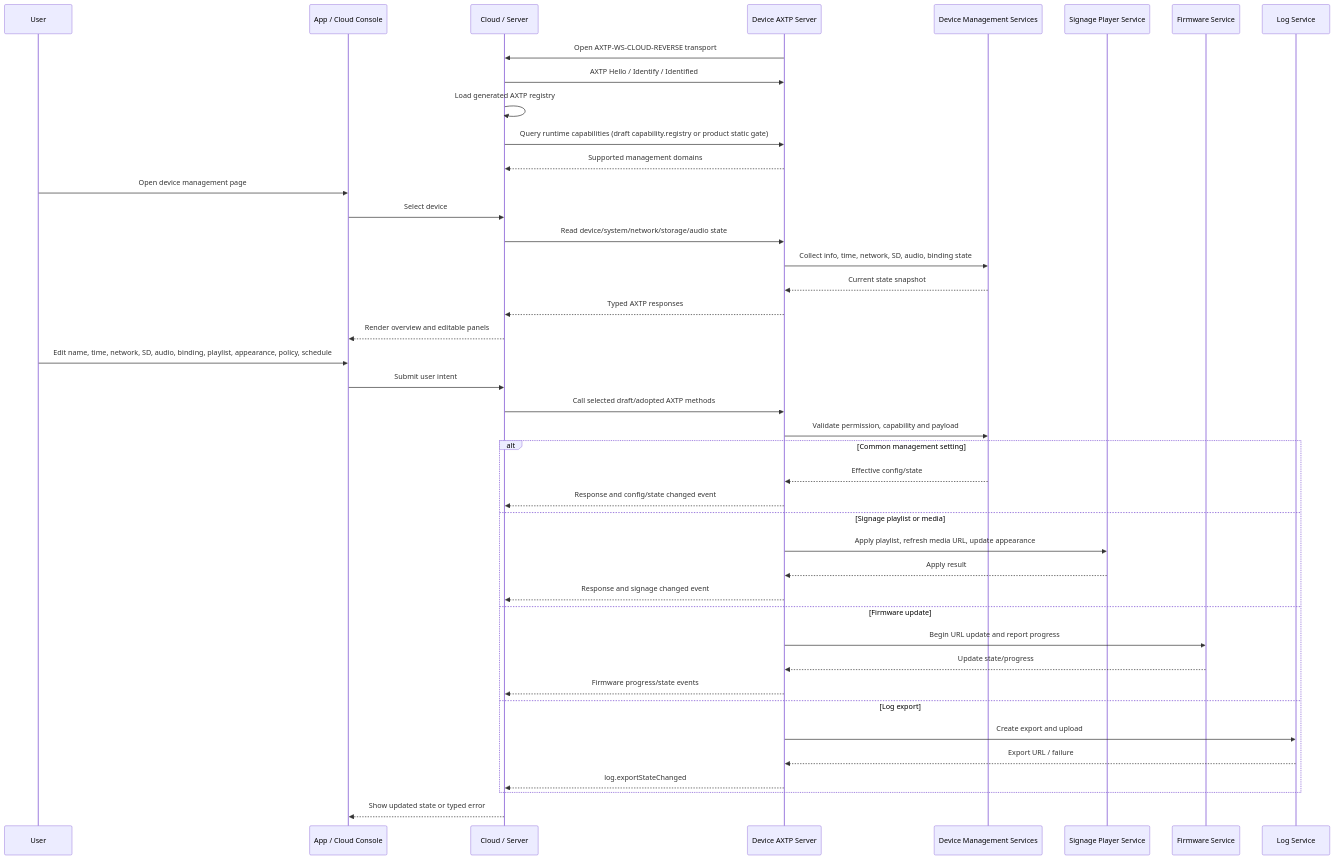
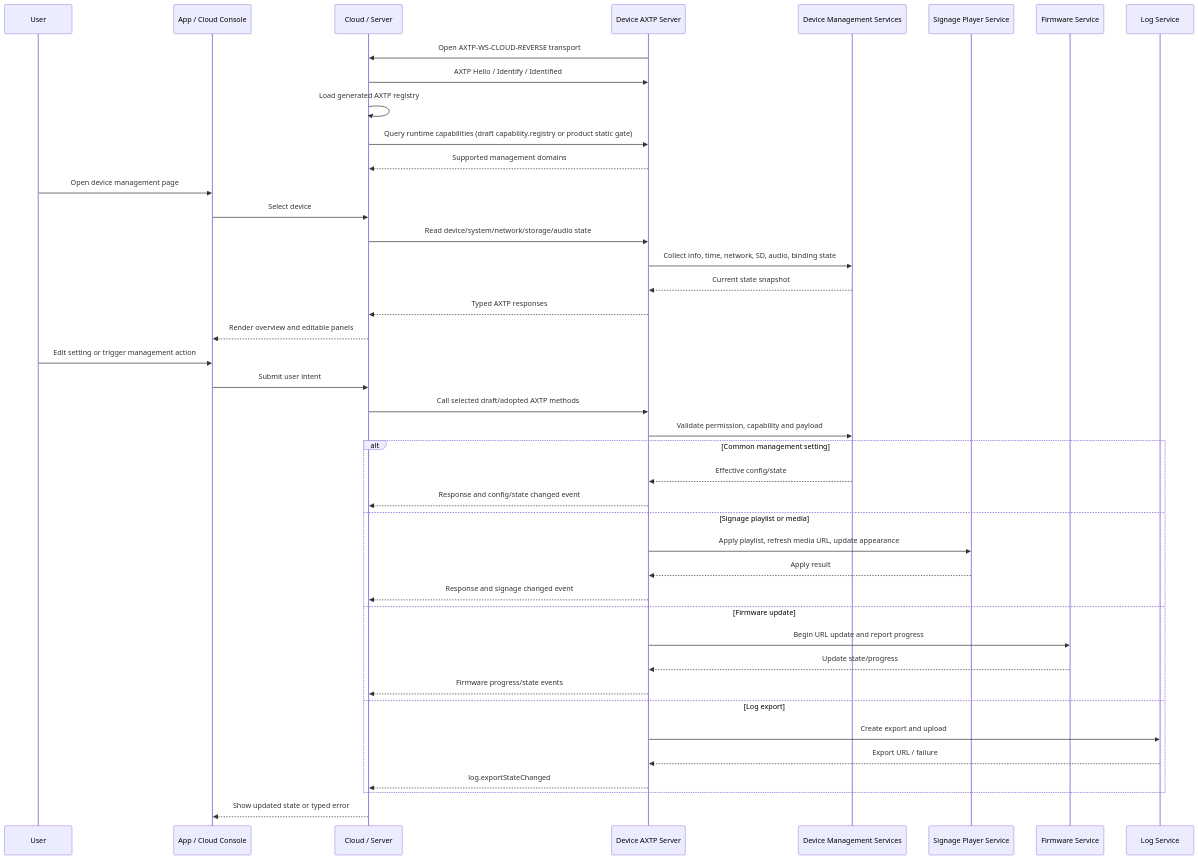
The diagram in docs/flows/signage-device-management.md (Mostorm-Labs/axtp), drawn with Mermaid before and after one commit. The commit also changed other lines of this file and 6 other files, not shown here.

Commit message:
docs: update flow plans to new template

````diff
--- a/docs/flows/signage-device-management.md
+++ b/docs/flows/signage-device-management.md
@@ -97,47 +141,47 @@
 ```mermaid
 sequenceDiagram
     participant User
     participant App as App / Cloud Console
     participant Cloud as Cloud / Server
     participant Device as Device AXTP Server
     participant Mgmt as Device Management Services
     participant Signage as Signage Player Service
     participant FW as Firmware Service
     participant Log as Log Service
 
     Device->>Cloud: Open AXTP-WS-CLOUD-REVERSE transport
     Cloud->>Device: AXTP Hello / Identify / Identified
     Cloud->>Cloud: Load generated AXTP registry
     Cloud->>Device: Query runtime capabilities (draft capability.registry or product static gate)
     Device-->>Cloud: Supported management domains
 
     User->>App: Open device management page
     App->>Cloud: Select device
     Cloud->>Device: Read device/system/network/storage/audio state
     Device->>Mgmt: Collect info, time, network, SD, audio, binding state
     Mgmt-->>Device: Current state snapshot
     Device-->>Cloud: Typed AXTP responses
     Cloud-->>App: Render overview and editable panels
 
-    User->>App: Edit name, time, network, SD, audio, binding, playlist, appearance, policy, schedule
+    User->>App: Edit setting or trigger management action
     App->>Cloud: Submit user intent
     Cloud->>Device: Call selected draft/adopted AXTP methods
     Device->>Mgmt: Validate permission, capability and payload
     alt Common management setting
         Mgmt-->>Device: Effective config/state
         Device-->>Cloud: Response and config/state changed event
     else Signage playlist or media
         Device->>Signage: Apply playlist, refresh media URL, update appearance
         Signage-->>Device: Apply result
         Device-->>Cloud: Response and signage changed event
     else Firmware update
         Device->>FW: Begin URL update and report progress
         FW-->>Device: Update state/progress
         Device-->>Cloud: Firmware progress/state events
     else Log export
         Device->>Log: Create export and upload
         Log-->>Device: Export URL / failure
         Device-->>Cloud: log.exportStateChanged
     end
     Cloud-->>App: Show updated state or typed error
 ```
````
